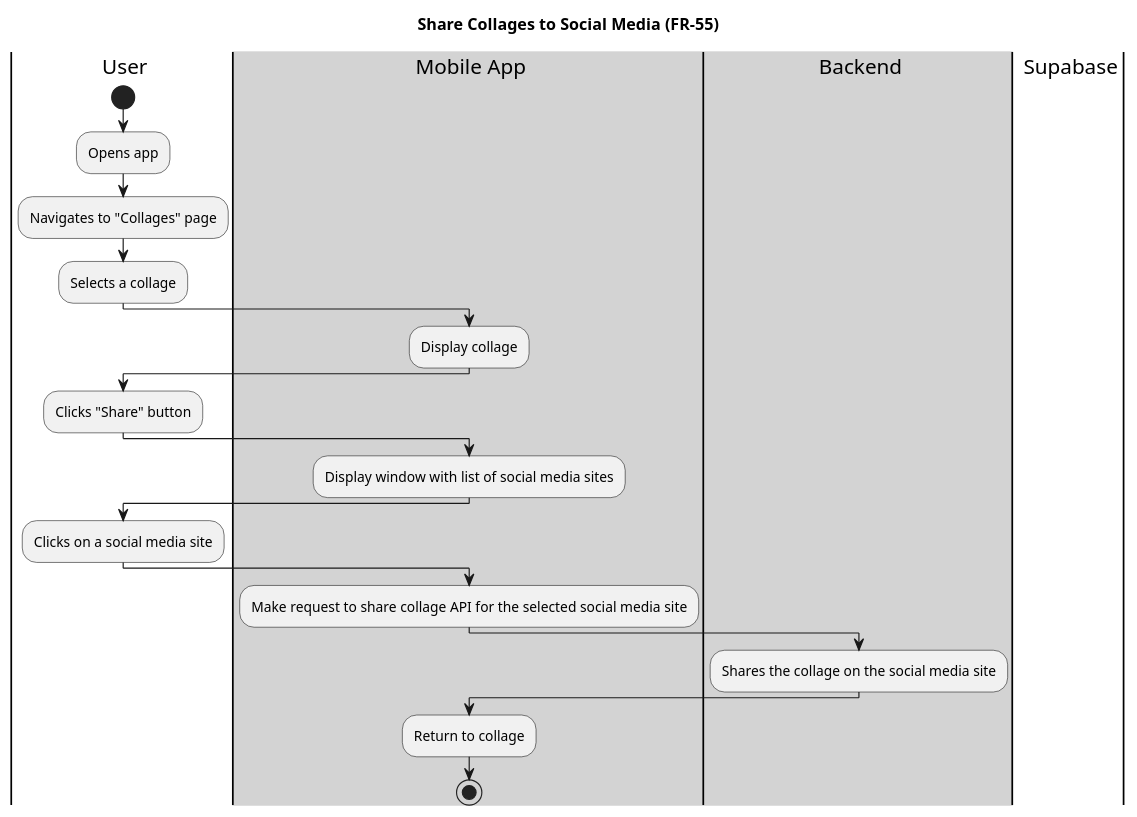
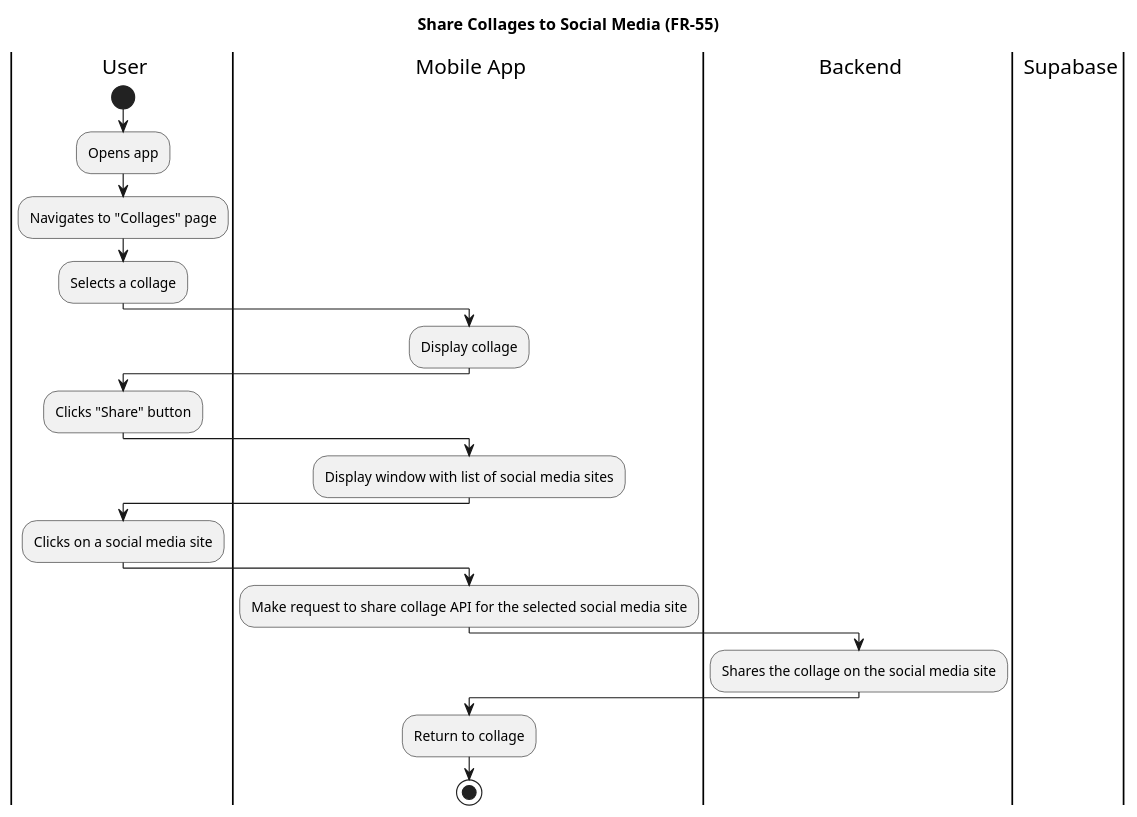
One commit to owencooke/memento changed the diagram in docs/activity/social-media-integration-collage.puml. Above: the diagram before and after it, drawn with PlantUML. The commit also changed 14 other files, not shown here.

```diff
--- a/docs/activity/social-media-integration-collage.puml
+++ b/docs/activity/social-media-integration-collage.puml
@@ -1,37 +1,37 @@
 @startuml
 title Share Collages to Social Media (FR-55)
 
 |user| User
-|#lightgray|mobile| Mobile App
-|#lightgray|backend| Backend
+|mobile| Mobile App
+|backend| Backend
 |db| Supabase
 
 |user|
 start
 :Opens app;
 :Navigates to "Collages" page;
 :Selects a collage;
 
 |mobile|
 :Display collage;
 
 |user|
 :Clicks "Share" button;
 
 |mobile|
 :Display window with list of social media sites;
 
 |user|
 :Clicks on a social media site;
 
 |mobile|
 :Make request to share collage API for the selected social media site;
 
 |backend|
 :Shares the collage on the social media site;
 
 |mobile|
 :Return to collage;
 
 stop
 @enduml
```
